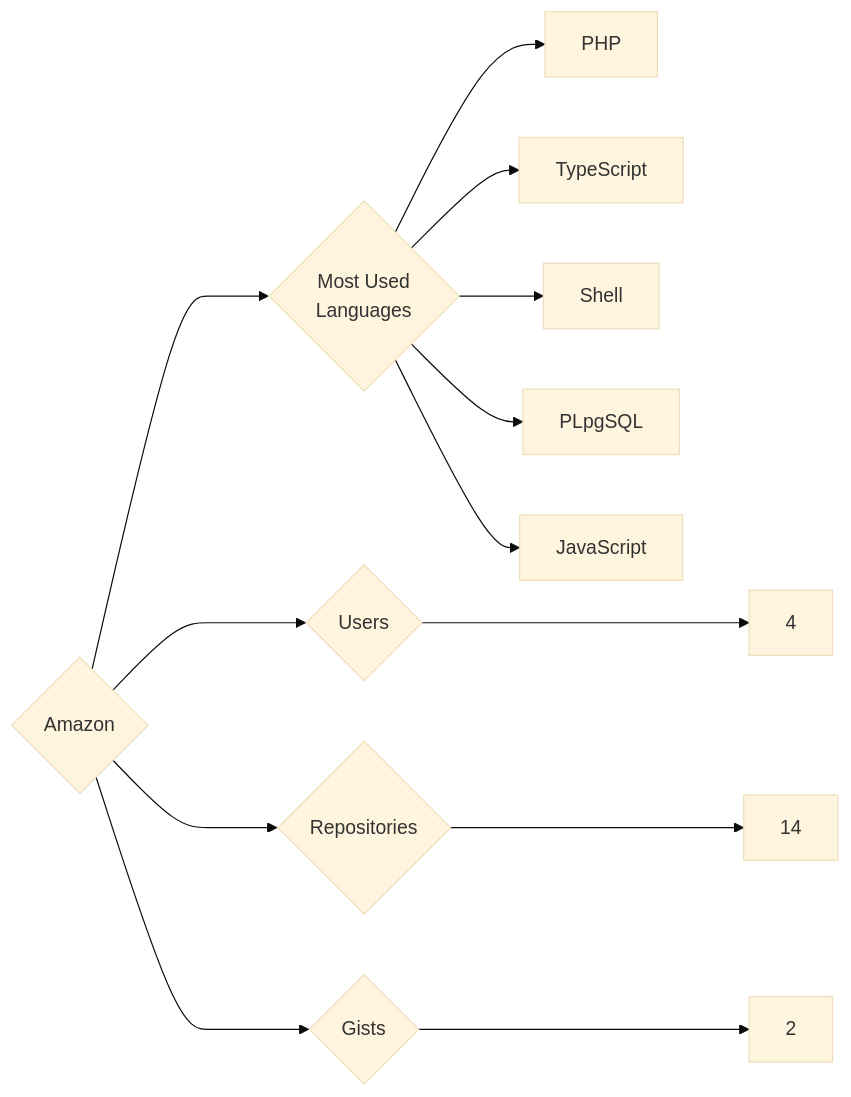
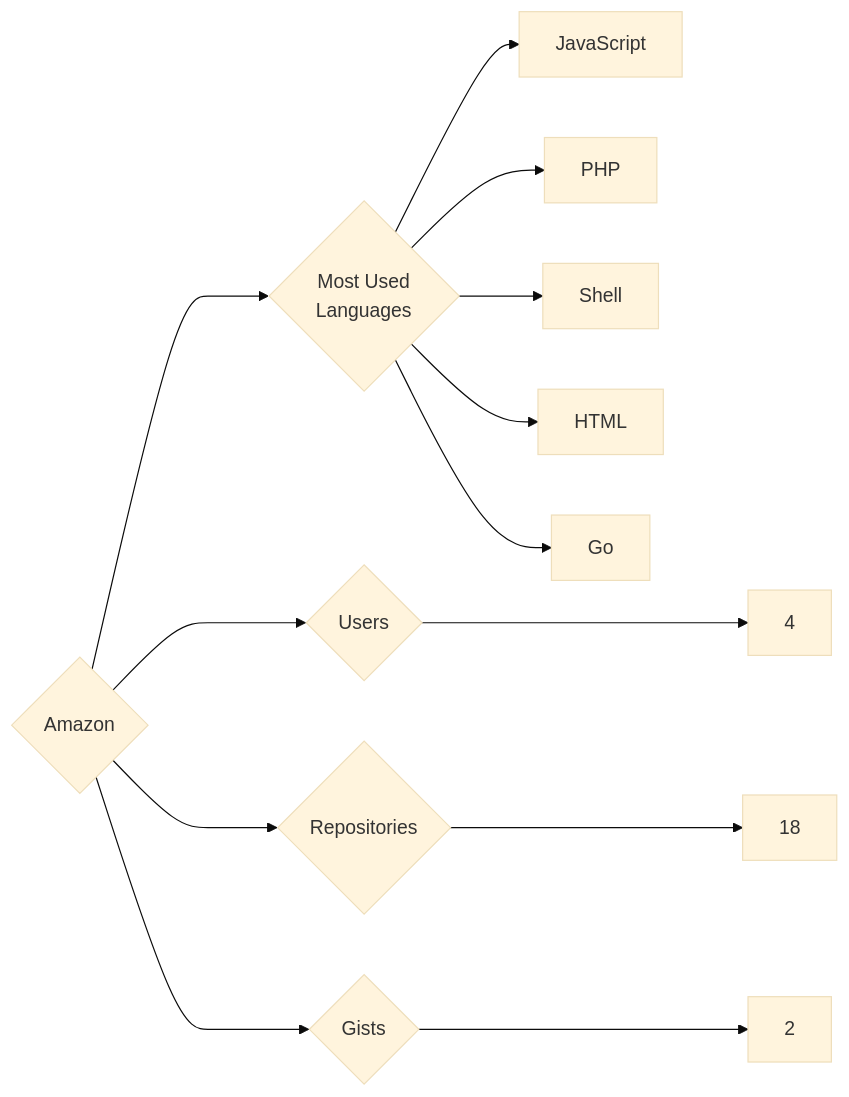
One commit to trickest/insiders changed the diagram in targets/Amazon/README.md. Above: the diagram before and after it, drawn with Mermaid (base theme). The commit also changed 942 other files, not shown here.

````diff
--- a/targets/Amazon/README.md
+++ b/targets/Amazon/README.md
@@ -3,13 +3,13 @@
 ```mermaid
 graph LR
 COMPANY_NAME{Amazon}
 COMPANY_NAME ---> U{Users} ---> UN[4]
-COMPANY_NAME ---> R{Repositories} ---> RN[14]
+COMPANY_NAME ---> R{Repositories} ---> RN[18]
 COMPANY_NAME ---> G{Gists} ---> GN[2]
 COMPANY_NAME ---> ML{Most Used<br>Languages}
+ML --> JavaScript[JavaScript]
 ML --> PHP[PHP]
-ML --> TypeScript[TypeScript]
 ML --> Shell[Shell]
-ML --> PLpgSQL[PLpgSQL]
-ML --> JavaScript[JavaScript]
+ML --> HTML[HTML]
+ML --> Go[Go]
 ```
````
